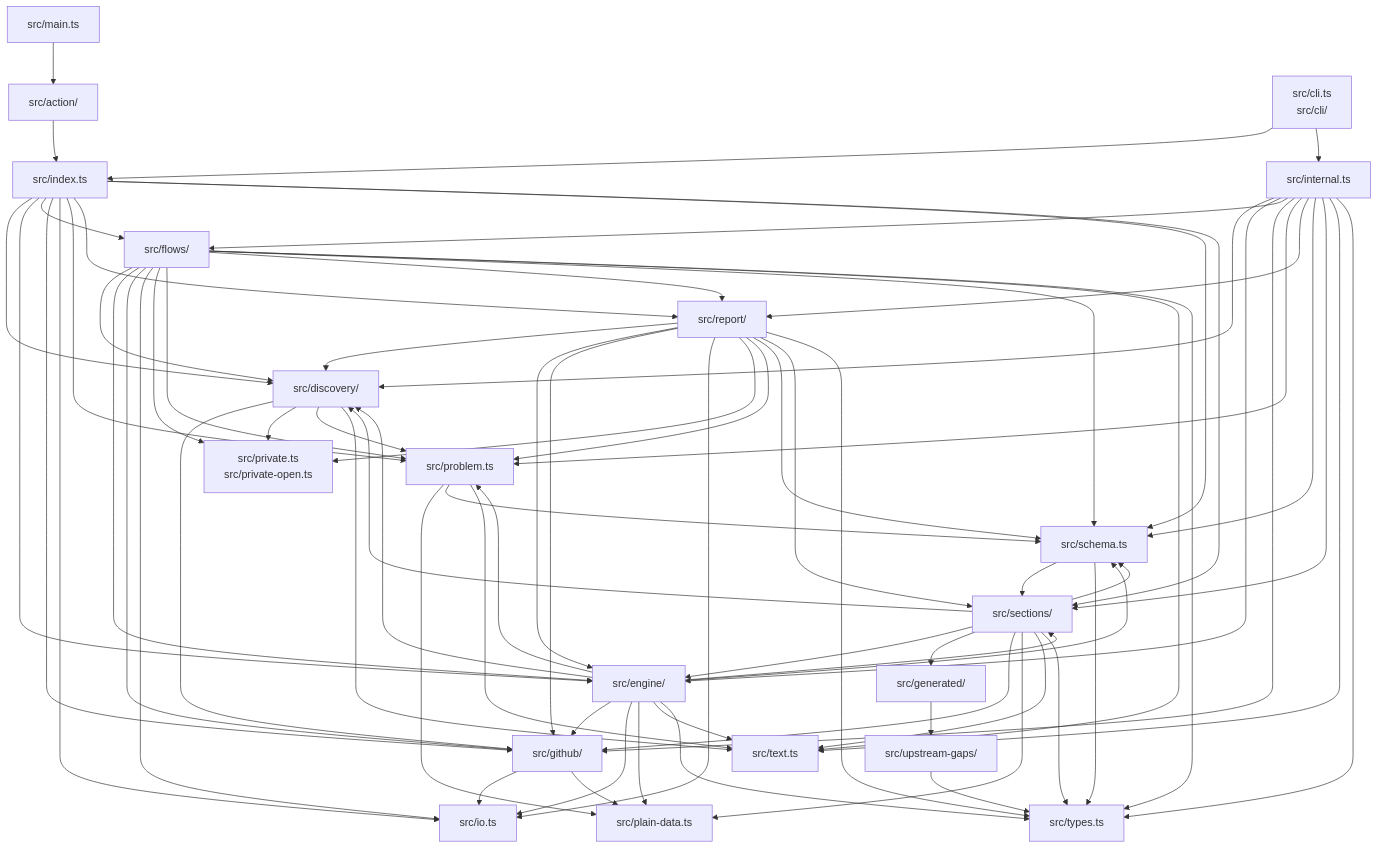
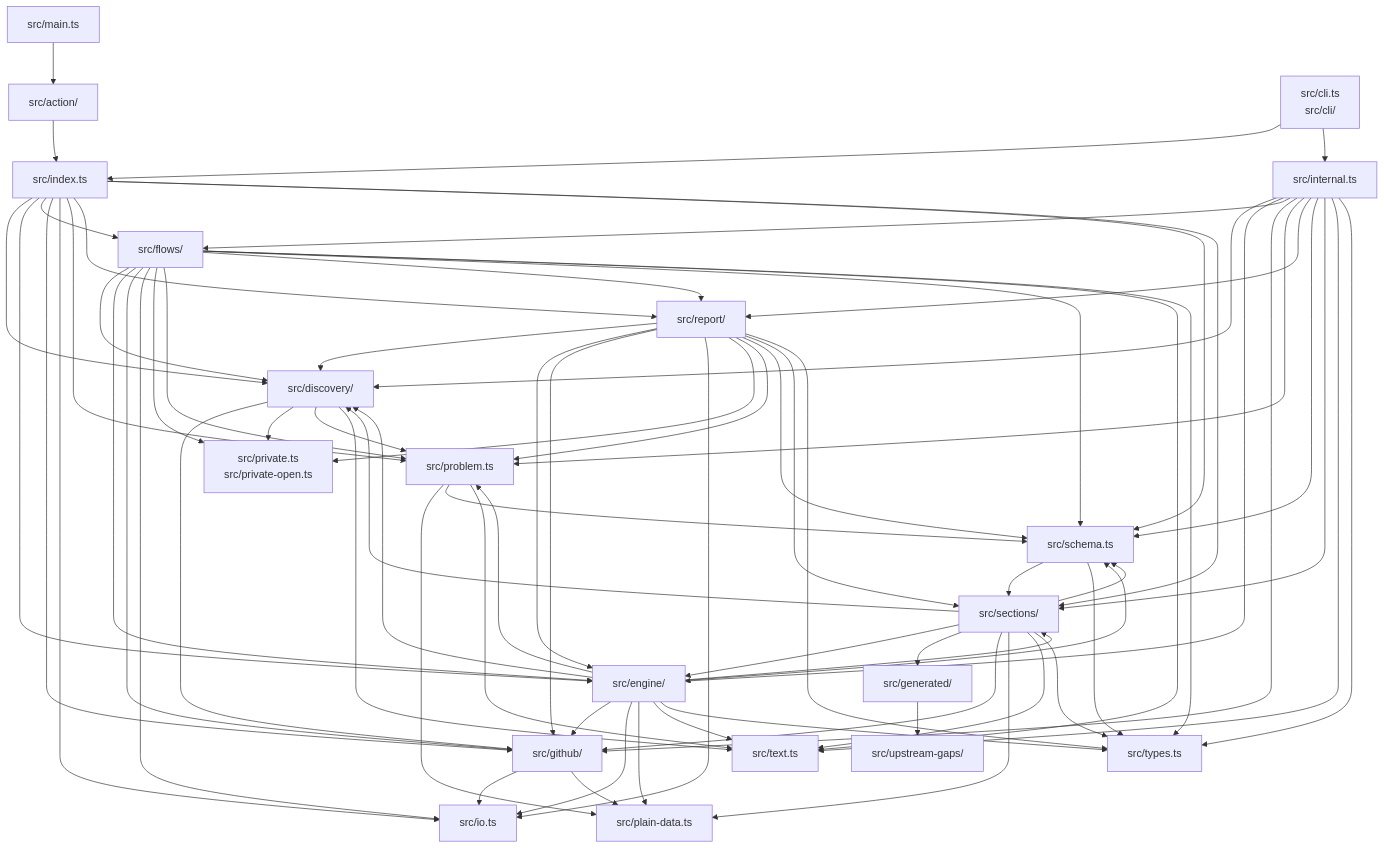
Before and after one commit to Vivswan/github-settings-as-code: the ninth of 9 diagrams in docs/reference/architecture.md, drawn with Mermaid. The commit also changed 9 other files, not shown here.

````diff
--- a/docs/reference/architecture.md
+++ b/docs/reference/architecture.md
@@ -400,5 +400,4 @@
   problem --> text
   schema --> sections
   schema --> types
-  upstream_gaps --> types
 ```
````
